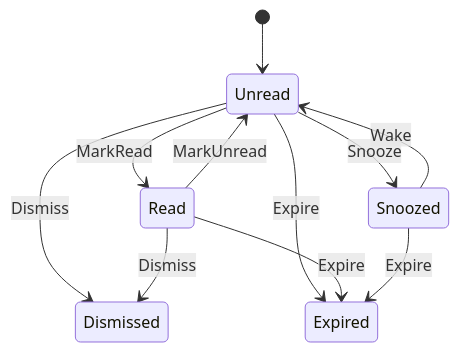
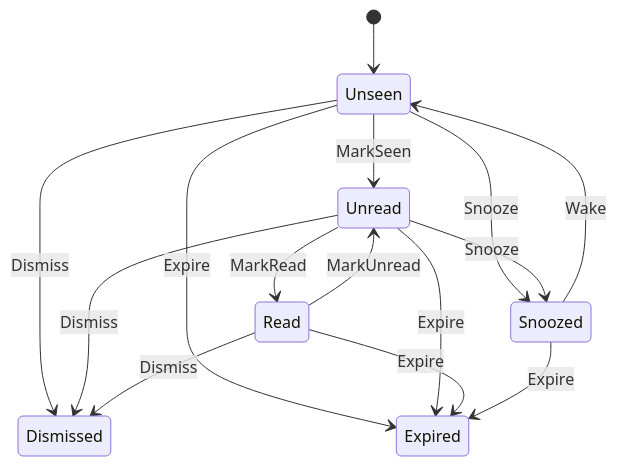
The first of 3 diagrams in docs/lifecycle.md (sunbeamdotpt/estafeta), drawn with Mermaid before and after one commit. The commit also changed other lines of this file and 20 other files, not shown here.

First line of the commit message:
feat: replace dismissed with archived, add unarchive and producer mark-as-read

````diff
--- a/docs/lifecycle.md
+++ b/docs/lifecycle.md
@@ -10,15 +10,20 @@
 ```mermaid
 stateDiagram-v2
-    [*] --> Unread
+    [*] --> Unseen
+    Unseen --> Unread : MarkSeen
+    Unseen --> Snoozed : Snooze
+    Unseen --> Dismissed : Dismiss
+    Unseen --> Expired : Expire
+
     Unread --> Read : MarkRead
     Unread --> Snoozed : Snooze
     Unread --> Dismissed : Dismiss
     Unread --> Expired : Expire
 
     Read --> Unread : MarkUnread
     Read --> Dismissed : Dismiss
     Read --> Expired : Expire
 
-    Snoozed --> Unread : Wake
+    Snoozed --> Unseen : Wake
     Snoozed --> Expired : Expire
 ```
````
